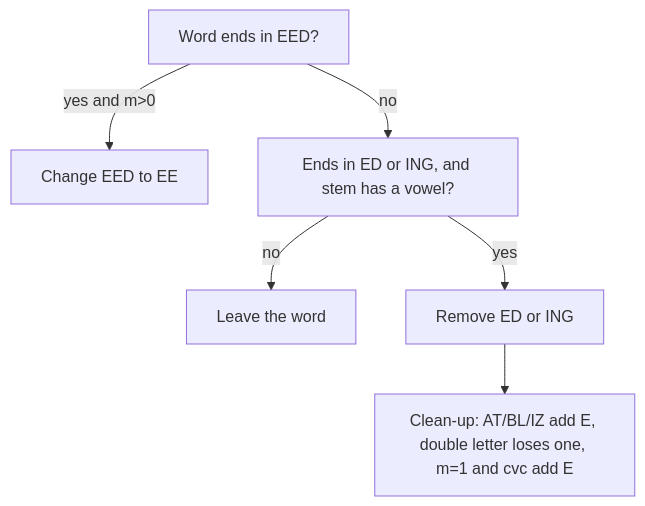
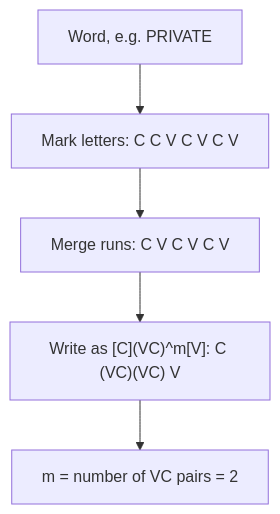
Before and after one commit to TrendySloth1001/sem-seven-notes: the second of 3 diagrams in content/natural-language-processing/notes/porter-stemmer.mdx, drawn with Mermaid. The commit also changed other lines of this file and 406 other files, not shown here.

````diff
--- a/content/natural-language-processing/notes/porter-stemmer.mdx
+++ b/content/natural-language-processing/notes/porter-stemmer.mdx
@@ -221,9 +96,8 @@
 ```mermaid
-%% caption: Step 1b as a decision flow. The EED rule is checked first. The ED and ING rules need a vowel in what is left, and when they fire, the clean-up rules repair the stem.
+%% caption: Finding the measure m of a word. Mark each letter, merge the runs, then count the V-then-C pairs.
 flowchart TD
-  A["Word ends in EED?"] -->|"yes and m>0"| B["Change EED to EE"]
-  A -->|"no"| C["Ends in ED or ING, and stem has a vowel?"]
-  C -->|"no"| F["Leave the word"]
-  C -->|"yes"| D["Remove ED or ING"]
-  D --> E["Clean-up: AT/BL/IZ add E, double letter loses one, m=1 and cvc add E"]
+  A["Word, e.g. PRIVATE"] --> B["Mark letters: C C V C V C V"]
+  B --> C["Merge runs: C V C V C V"]
+  C --> D["Write as [C](VC)^m[V]: C (VC)(VC) V"]
+  D --> E["m = number of VC pairs = 2"]
 ```
````
